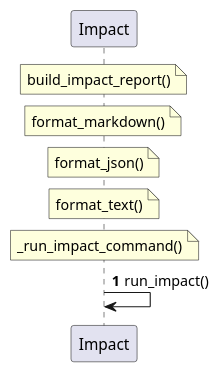
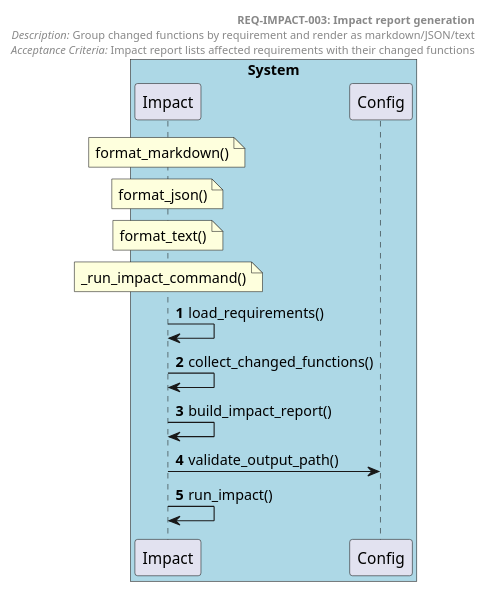
Before and after one commit to tvanfossen/doxygen-guard: the diagram in docs/generated/sequences/REQ-IMPACT-003.puml, drawn with PlantUML. The commit also changed 18 other files, not shown here.

```diff
--- a/docs/generated/sequences/REQ-IMPACT-003.puml
+++ b/docs/generated/sequences/REQ-IMPACT-003.puml
@@ -1,14 +1,26 @@
-@startuml REQ-IMPACT-003
+@startuml REQ-IMPACT-003 Impact report generation
 autonumber
 
-participant "Impact" as Impact
+box "System" #LightBlue
+  participant "Impact" as Impact
+  participant "Config" as Config
+end box
 
-note over Impact: build_impact_report()
+header
+  **REQ-IMPACT-003: Impact report generation**
+  //Description:// Group changed functions by requirement and render as markdown/JSON/text
+  //Acceptance Criteria:// Impact report lists affected requirements with their changed functions
+end header
+
 note over Impact: format_markdown()
 note over Impact: format_json()
 note over Impact: format_text()
 note over Impact: _run_impact_command()
 
+Impact -> Impact: load_requirements()
+Impact -> Impact: collect_changed_functions()
+Impact -> Impact: build_impact_report()
+Impact -> Config: validate_output_path()
 Impact -> Impact: run_impact()
 
 @enduml
```
